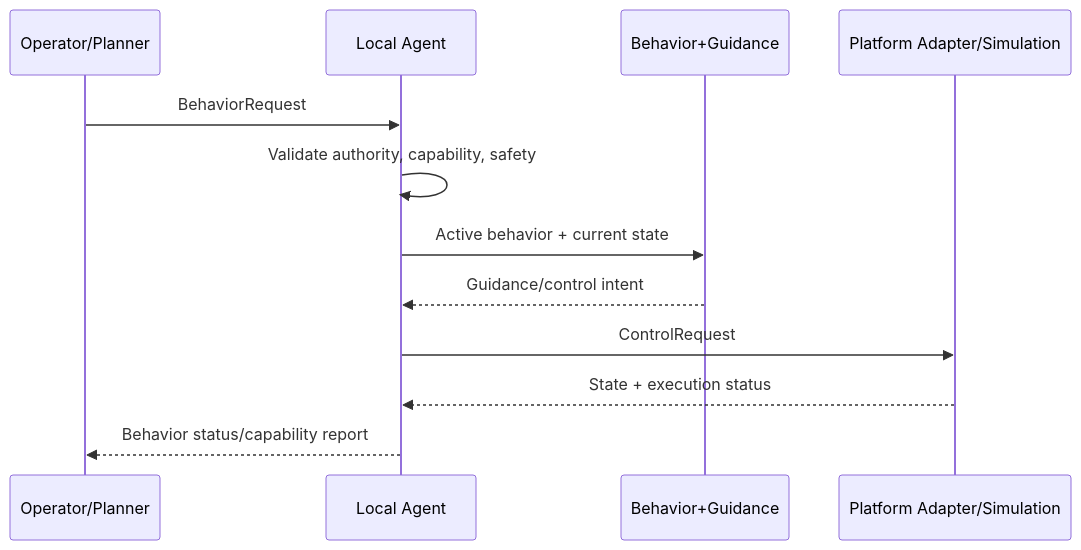
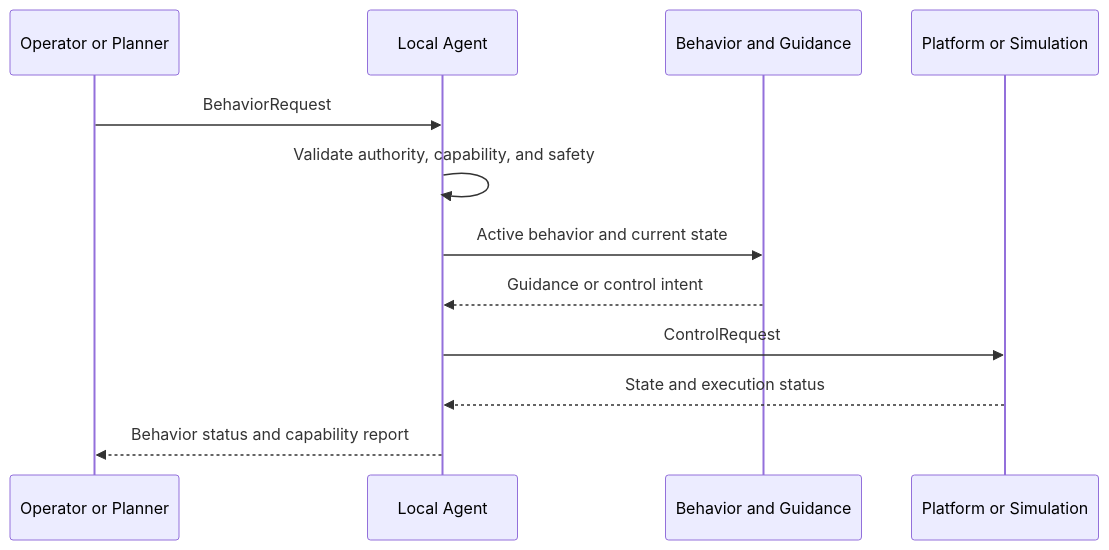
Before and after one commit to Robin-Lange/distributed-collaborative-autonomy-platform: the second of 2 diagrams in README.md, drawn with Mermaid. The commit also changed other lines of this file, not shown here.

````diff
--- a/README.md
+++ b/README.md
@@ -52,15 +79,15 @@
 ```mermaid
 sequenceDiagram
-    participant Source as Operator/Planner
+    participant Source as Operator or Planner
     participant Agent as Local Agent
-    participant Auto as Behavior+Guidance
-    participant Exec as Platform Adapter/Simulation
+    participant Guidance as Behavior and Guidance
+    participant Executor as Platform or Simulation
 
     Source->>Agent: BehaviorRequest
-    Agent->>Agent: Validate authority, capability, safety
-    Agent->>Auto: Active behavior + current state
-    Auto-->>Agent: Guidance/control intent
-    Agent->>Exec: ControlRequest
-    Exec-->>Agent: State + execution status
-    Agent-->>Source: Behavior status/capability report
+    Agent->>Agent: Validate authority, capability, and safety
+    Agent->>Guidance: Active behavior and current state
+    Guidance-->>Agent: Guidance or control intent
+    Agent->>Executor: ControlRequest
+    Executor-->>Agent: State and execution status
+    Agent-->>Source: Behavior status and capability report
 ```
````
